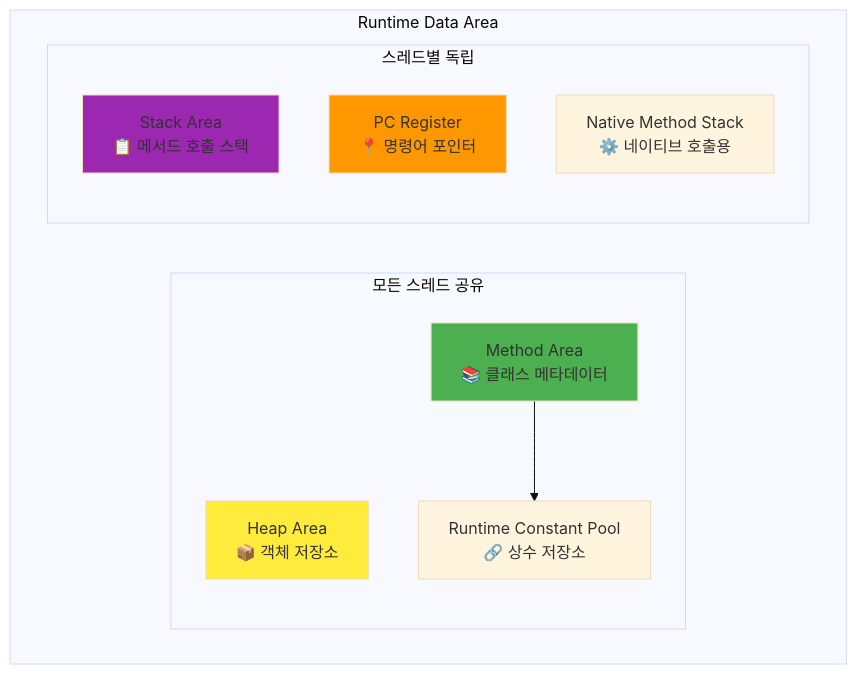
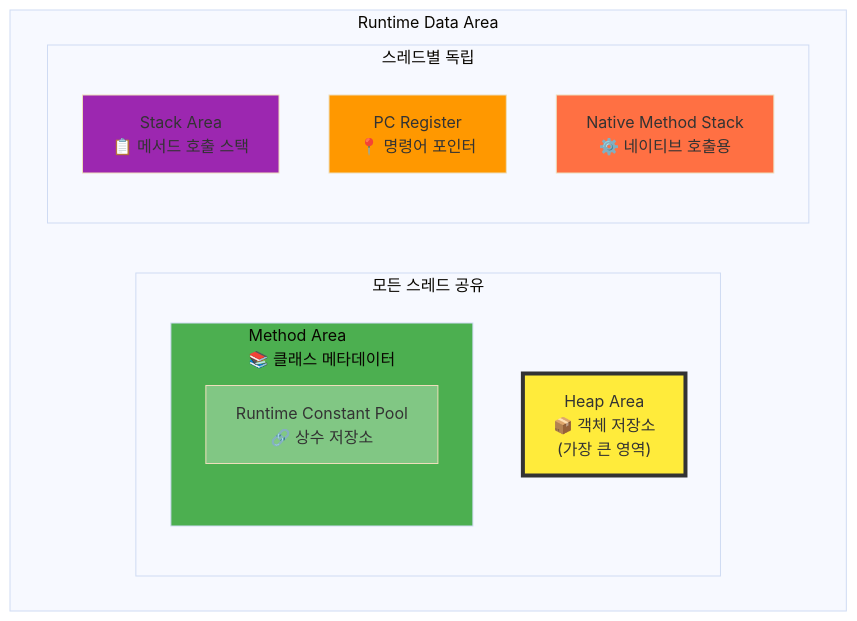
One commit to zionge2k/2nd_brain changed the second of 3 diagrams in jvm/about_jvm.md. Above: the diagram before and after it, drawn with Mermaid (base theme). The commit also changed other lines of this file and 4 other files, not shown here.

````diff
--- a/jvm/about_jvm.md
+++ b/jvm/about_jvm.md
@@ -123,23 +123,25 @@
 ```mermaid
 graph TB
     subgraph "Runtime Data Area"
         subgraph "모든 스레드 공유"
-            H[Heap Area<br/>📦 객체 저장소]
-            M[Method Area<br/>📚 클래스 메타데이터]
-            R[Runtime Constant Pool<br/>🔗 상수 저장소]
+            H["Heap Area<br/>📦 객체 저장소<br/>(가장 큰 영역)"]
+            
+            subgraph M["Method Area<br/>📚 클래스 메타데이터"]
+                R[Runtime Constant Pool<br/>🔗 상수 저장소]
+            end
         end
         
         subgraph "스레드별 독립"
             S[Stack Area<br/>📋 메서드 호출 스택]
             P[PC Register<br/>📍 명령어 포인터]
             N[Native Method Stack<br/>⚙️ 네이티브 호출용]
         end
     end
     
-    M --> R
-    
-    style H fill:#ffeb3b
+    style H fill:#ffeb3b,stroke:#333,stroke-width:4px
     style M fill:#4caf50
+    style R fill:#81c784
     style S fill:#9c27b0
     style P fill:#ff9800
+    style N fill:#ff7043
 ```
````
